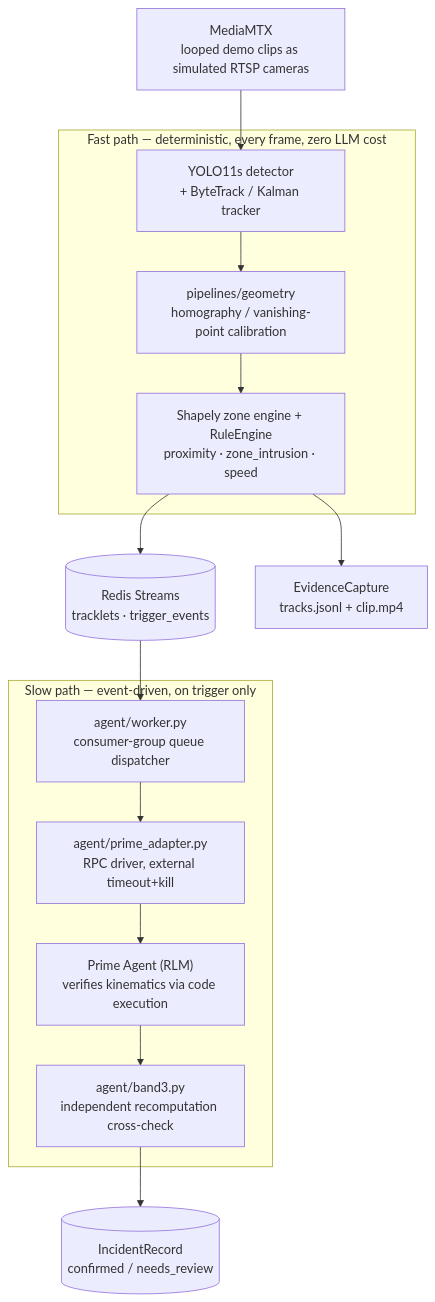
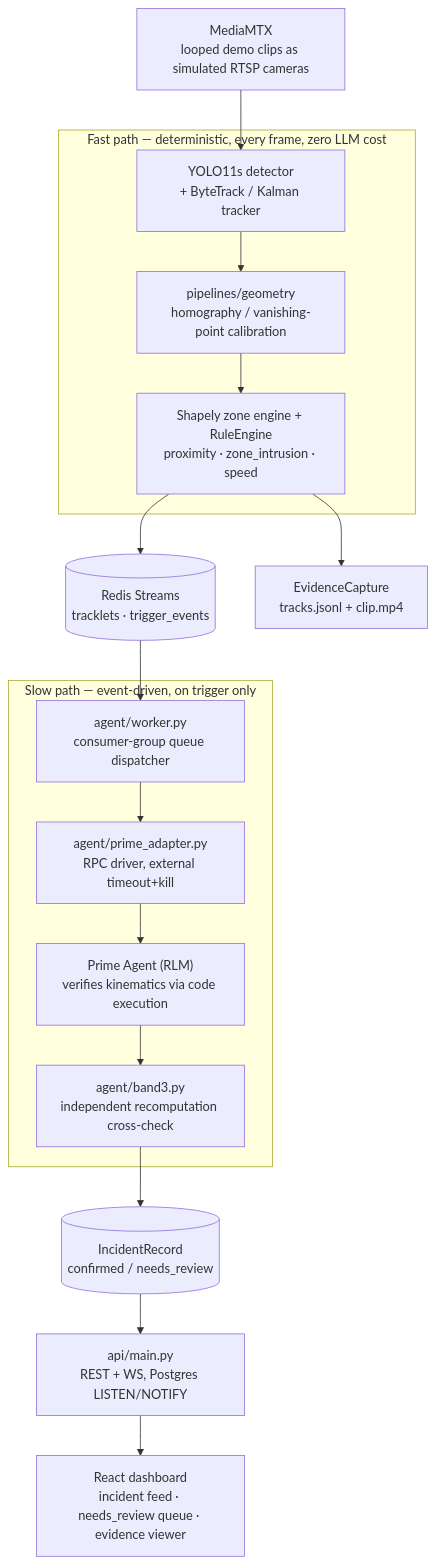
Before and after one commit to yash-rai-93/forgeguard-ai: the diagram in README.md, drawn with Mermaid. The commit also changed other lines of this file and 5 other files, not shown here.

````diff
--- a/README.md
+++ b/README.md
@@ -69,17 +75,19 @@
 ```mermaid
 flowchart TD
     SRC["MediaMTX<br>looped demo clips as simulated RTSP cameras"] --> DET
     subgraph fast["Fast path — deterministic, every frame, zero LLM cost"]
         DET["YOLO11s detector<br>+ ByteTrack / Kalman tracker"] --> GEOM["pipelines/geometry<br>homography / vanishing-point calibration"]
         GEOM --> RULES["Shapely zone engine + RuleEngine<br>proximity · zone_intrusion · speed"]
     end
     RULES --> BROKER[("Redis Streams<br>tracklets · trigger_events")]
     RULES --> EVID["EvidenceCapture<br>tracks.jsonl + clip.mp4"]
     BROKER --> WORKER
     subgraph slow["Slow path — event-driven, on trigger only"]
         WORKER["agent/worker.py<br>consumer-group queue dispatcher"] --> ADAPTER["agent/prime_adapter.py<br>RPC driver, external timeout+kill"]
         ADAPTER --> PA["Prime Agent (RLM)<br>verifies kinematics via code execution"]
         PA --> GATE["agent/band3.py<br>independent recomputation cross-check"]
     end
     GATE --> REC[("IncidentRecord<br>confirmed / needs_review")]
+    REC --> API["api/main.py<br>REST + WS, Postgres LISTEN/NOTIFY"]
+    API --> UI["React dashboard<br>incident feed · needs_review queue · evidence viewer"]
 ```
````
